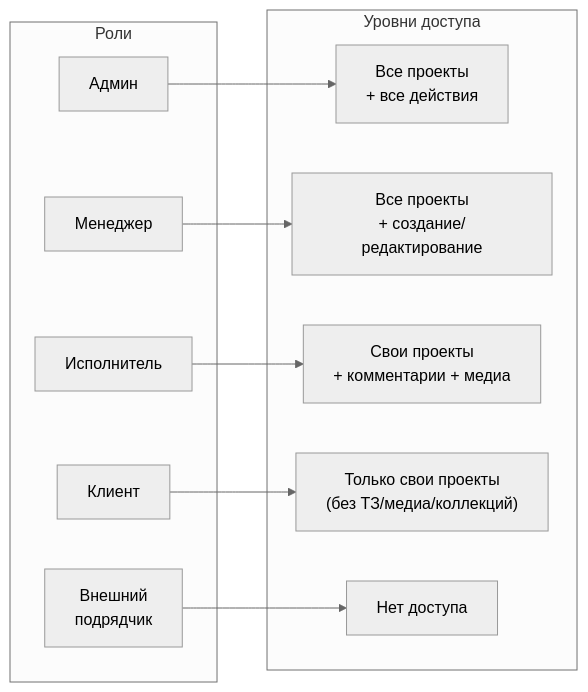
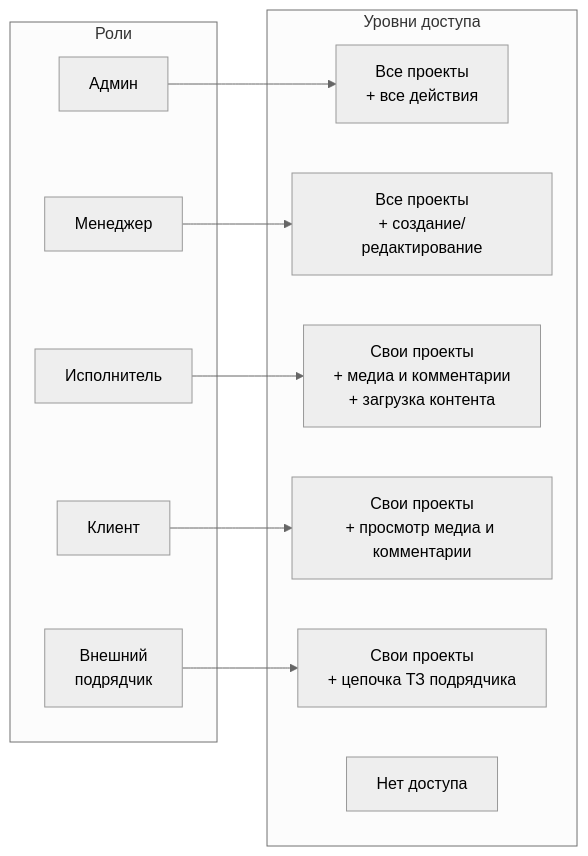
One commit to eQurane/mox changed the seventh of 8 diagrams in report/README.md. Above: the diagram before and after it, drawn with Mermaid (neutral theme). The commit also changed other lines of this file and 11 other files, not shown here.

````diff
--- a/report/README.md
+++ b/report/README.md
@@ -397,24 +397,25 @@
 ```mermaid
 graph LR
     subgraph Roles["Роли"]
         Admin["Админ"]
         Manager["Менеджер"]
         Executor["Исполнитель"]
         Client["Клиент"]
         External["Внешний\nподрядчик"]
     end
 
     subgraph Access["Уровни доступа"]
         Full["Все проекты\n+ все действия"]
         ManageOwn["Все проекты\n+ создание/редактирование"]
-        ViewOwn["Свои проекты\n+ комментарии + медиа"]
-        ProjectOnly["Только свои проекты\n(без ТЗ/медиа/коллекций)"]
+        ViewOwn["Свои проекты\n+ медиа и комментарии\n+ загрузка контента"]
+        ClientAccess["Свои проекты\n+ просмотр медиа и комментарии"]
+        ContractorScope["Свои проекты\n+ цепочка ТЗ подрядчика"]
         None["Нет доступа"]
     end
 
     Admin --> Full
     Manager --> ManageOwn
     Executor --> ViewOwn
-    Client --> ProjectOnly
-    External --> None
+    Client --> ClientAccess
+    External --> ContractorScope
 ```
````
